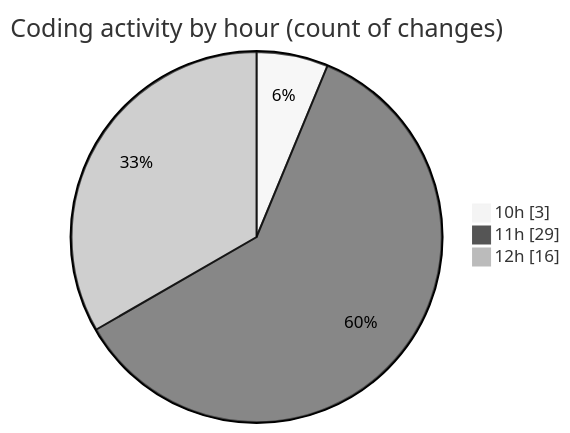
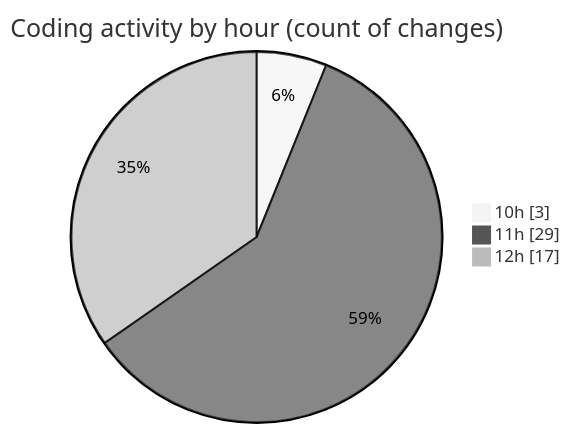
Before and after one commit to EIIisD/code-tracking: the second of 2 diagrams in 2025-08-14/ribbon/README.md, drawn with Mermaid (neutral theme). The commit also changed other lines of this file and 1 other file, not shown here.

````diff
--- a/2025-08-14/ribbon/README.md
+++ b/2025-08-14/ribbon/README.md
@@ -37,7 +37,7 @@
 ```mermaid
 pie showData
 title Coding activity by hour (count of changes)
 "10h" : 3
 "11h" : 29
-"12h" : 16
+"12h" : 17
 ```
````
